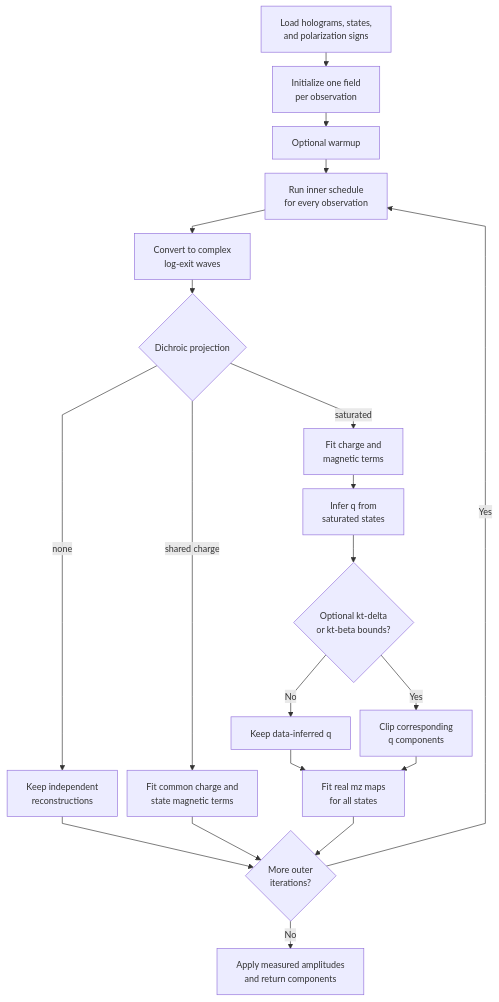
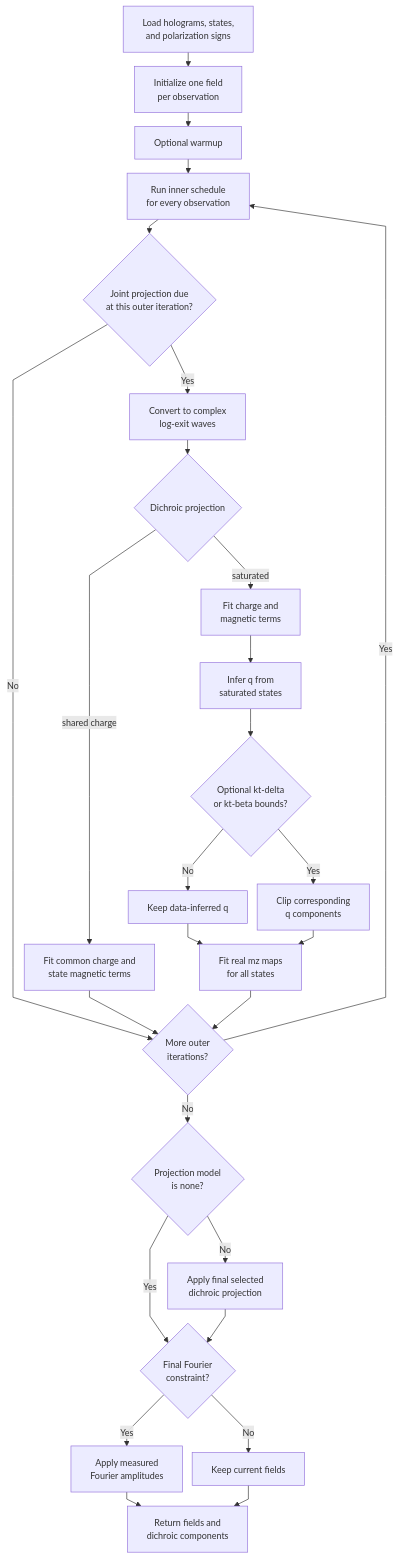
The sixth of 6 diagrams in docs/phase_retrieval_libraries.md (riccbatt/FTH-Phase-Retrieval-2609-SOLEIL-SEXTANTS), drawn with Mermaid before and after one commit. The commit also changed other lines of this file, not shown here.

````diff
--- a/docs/phase_retrieval_libraries.md
+++ b/docs/phase_retrieval_libraries.md
@@ -959,23 +995,30 @@
 ```mermaid
 %%{init: {"flowchart": {"nodeSpacing": 15, "rankSpacing": 22, "curve": "linear"}, "themeVariables": {"fontSize": "14px"}}}%%
 flowchart TD
     A[Load holograms, states,<br/>and polarization signs] --> B[Initialize one field<br/>per observation]
     B --> C[Optional warmup]
     C --> D[Run inner schedule<br/>for every observation]
-    D --> E[Convert to complex<br/>log-exit waves]
-    E --> F{Dichroic projection}
-    F -- none --> G[Keep independent<br/>reconstructions]
-    F -- shared charge --> H[Fit common charge and<br/>state magnetic terms]
-    F -- saturated --> I[Fit charge and<br/>magnetic terms]
-    I --> J[Infer q from<br/>saturated states]
-    J --> K{Optional kt-delta<br/>or kt-beta bounds?}
-    K -- No --> L[Keep data-inferred q]
-    K -- Yes --> M[Clip corresponding<br/>q components]
-    L --> N[Fit real mz maps<br/>for all states]
-    M --> N
-    G --> O{More outer<br/>iterations?}
-    H --> O
-    N --> O
+    D --> E{Joint projection due<br/>at this outer iteration?}
+    E -- No --> O{More outer<br/>iterations?}
+    E -- Yes --> F[Convert to complex<br/>log-exit waves]
+    F --> G{Dichroic projection}
+    G -- shared charge --> I[Fit common charge and<br/>state magnetic terms]
+    G -- saturated --> J[Fit charge and<br/>magnetic terms]
+    J --> K[Infer q from<br/>saturated states]
+    K --> L{Optional kt-delta<br/>or kt-beta bounds?}
+    L -- No --> M[Keep data-inferred q]
+    L -- Yes --> N[Clip corresponding<br/>q components]
+    M --> P[Fit real mz maps<br/>for all states]
+    N --> P
+    I --> O
+    P --> O
     O -- Yes --> D
-    O -- No --> P[Apply measured amplitudes<br/>and return components]
+    O -- No --> Q{Projection model<br/>is none?}
+    Q -- No --> R[Apply final selected<br/>dichroic projection]
+    Q -- Yes --> S{Final Fourier<br/>constraint?}
+    R --> S
+    S -- Yes --> T[Apply measured<br/>Fourier amplitudes]
+    S -- No --> U[Keep current fields]
+    T --> V[Return fields and<br/>dichroic components]
+    U --> V
 ```
````
